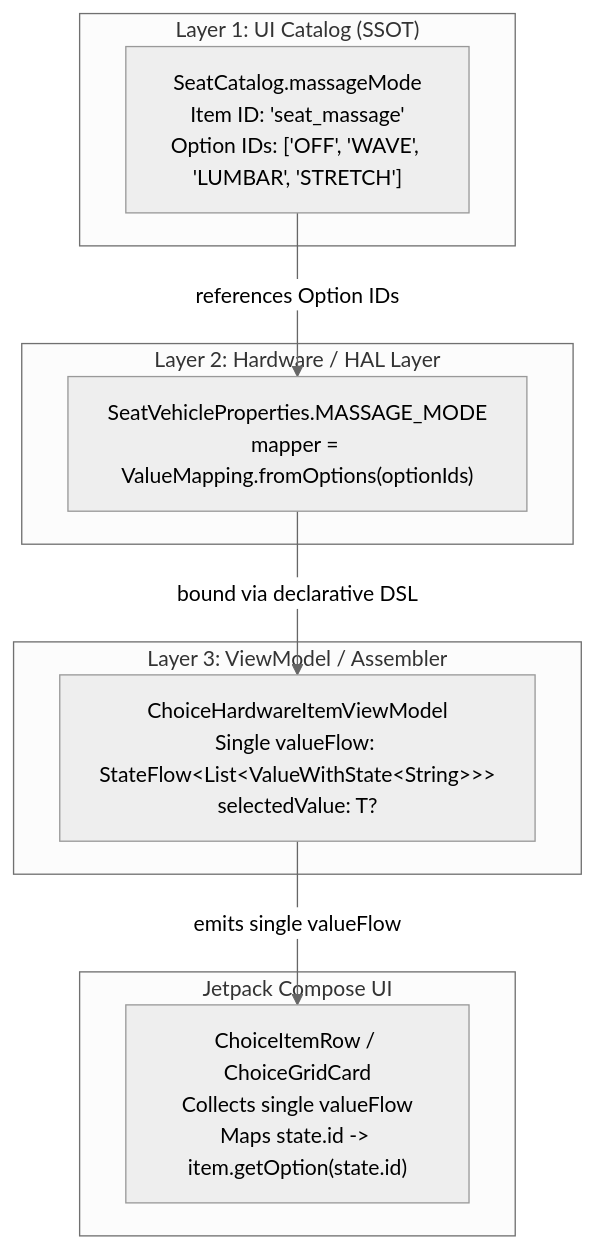
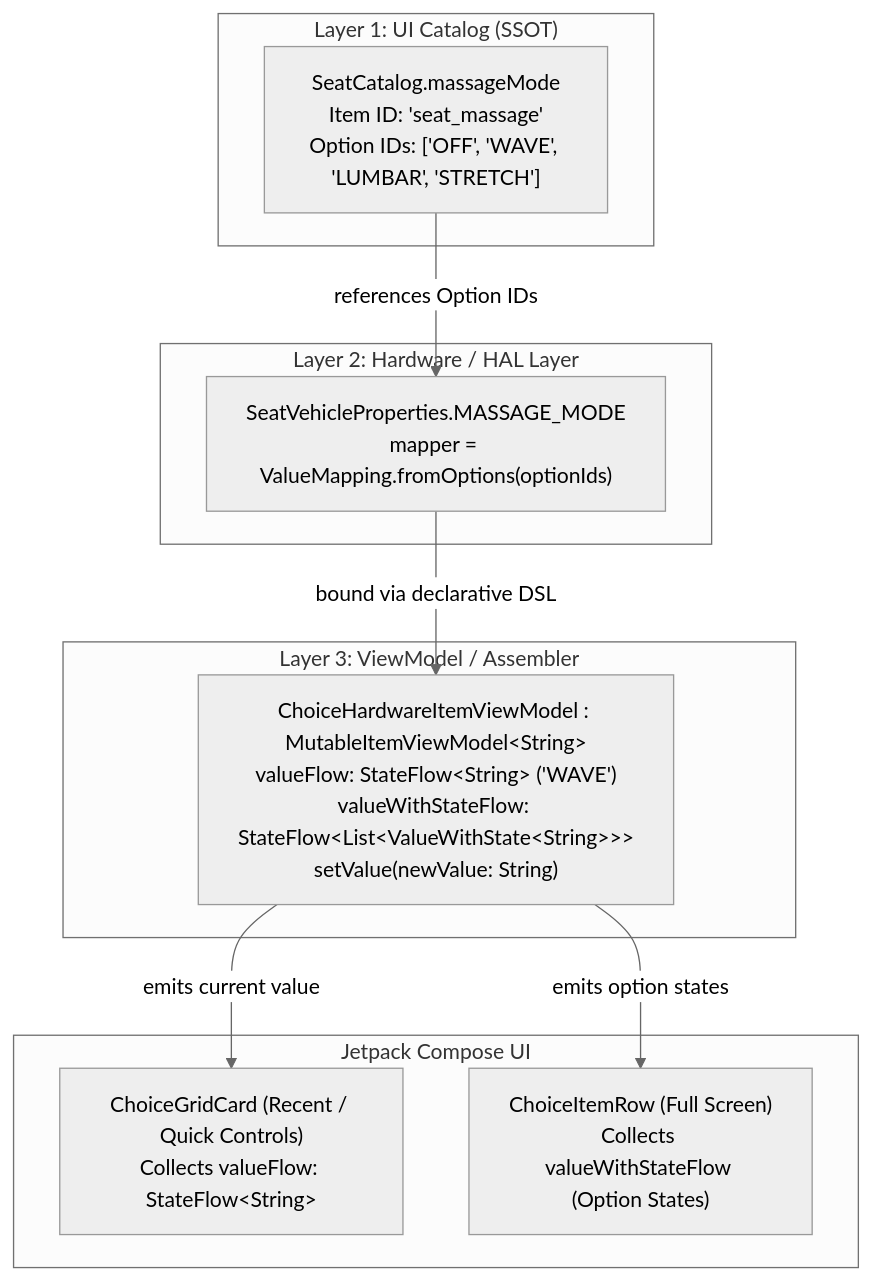
The diagram in docs/adr/0004-pure-stateless-ui-items-viewmodel-separation-and-choice-ssot.md (EaseTheWorld/activity-embedding-test), drawn with Mermaid (neutral theme) before and after one commit. The commit also changed other lines of this file and 6 other files, not shown here.

Commit message:
refactor(arch): eliminate ChoiceItemViewModel and unify with ItemViewModel<T> and valueWithStateFlow

````diff
--- a/docs/adr/0004-pure-stateless-ui-items-viewmodel-separation-and-choice-ssot.md
+++ b/docs/adr/0004-pure-stateless-ui-items-viewmodel-separation-and-choice-ssot.md
@@ -54,22 +54,24 @@
 ```mermaid
 graph TD
     subgraph Layer1["Layer 1: UI Catalog (SSOT)"]
         Catalog["SeatCatalog.massageMode<br/>Item ID: 'seat_massage'<br/>Option IDs: ['OFF', 'WAVE', 'LUMBAR', 'STRETCH']"]
     end
 
     subgraph Layer2["Layer 2: Hardware / HAL Layer"]
         Prop["SeatVehicleProperties.MASSAGE_MODE<br/>mapper = ValueMapping.fromOptions(optionIds)"]
     end
 
     subgraph Layer3["Layer 3: ViewModel / Assembler"]
-        VM["ChoiceHardwareItemViewModel<br/>Single valueFlow: StateFlow&lt;List&lt;ValueWithState&lt;String&gt;&gt;&gt;<br/>selectedValue: T?"]
+        VM["ChoiceHardwareItemViewModel : MutableItemViewModel&lt;String&gt;<br/>valueFlow: StateFlow&lt;String&gt; ('WAVE')<br/>valueWithStateFlow: StateFlow&lt;List&lt;ValueWithState&lt;String&gt;&gt;&gt;<br/>setValue(newValue: String)"]
     end
 
     subgraph UI["Jetpack Compose UI"]
-        ComposeUI["ChoiceItemRow / ChoiceGridCard<br/>Collects single valueFlow<br/>Maps state.id -> item.getOption(state.id)"]
+        Grid["ChoiceGridCard (Recent / Quick Controls)<br/>Collects valueFlow: StateFlow&lt;String&gt;"]
+        Row["ChoiceItemRow (Full Screen)<br/>Collects valueWithStateFlow (Option States)"]
     end
 
     Catalog -->|references Option IDs| Prop
     Prop -->|bound via declarative DSL| VM
-    VM -->|emits single valueFlow| ComposeUI
+    VM -->|emits current value| Grid
+    VM -->|emits option states| Row
 ```
````
